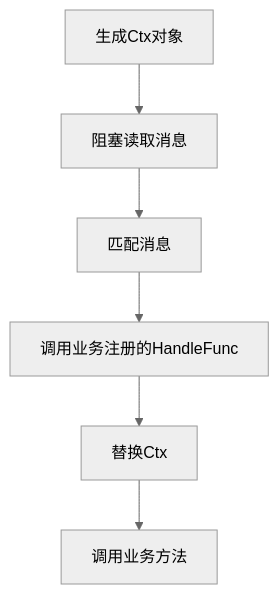
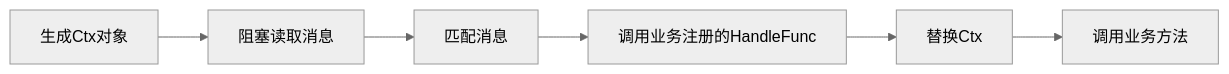
Before and after one commit to osgochina/dmicro: the diagram in docs/drpc/context.md, drawn with Mermaid (neutral theme). The commit also changed other lines of this file and 7 other files, not shown here.

````diff
--- a/docs/drpc/context.md
+++ b/docs/drpc/context.md
@@ -418,4 +418,4 @@
 ``` mermaid
-flowchart TB
+flowchart LR
     生成Ctx对象 --> 阻塞读取消息 --> 匹配消息 --> 调用业务注册的HandleFunc --> 替换Ctx --> 调用业务方法
 ```
````
